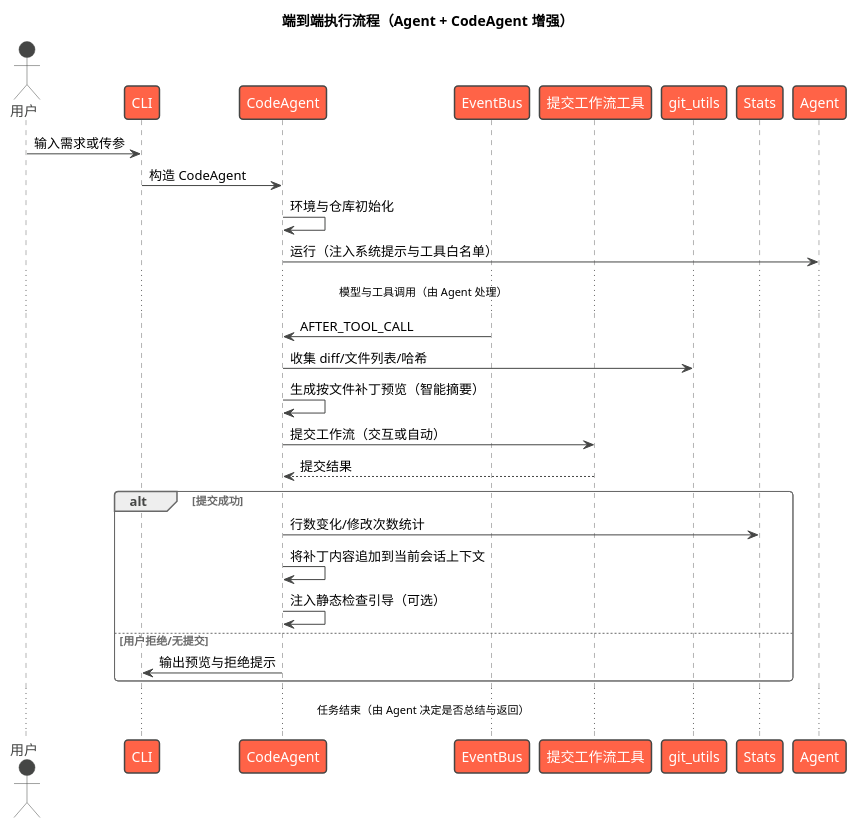
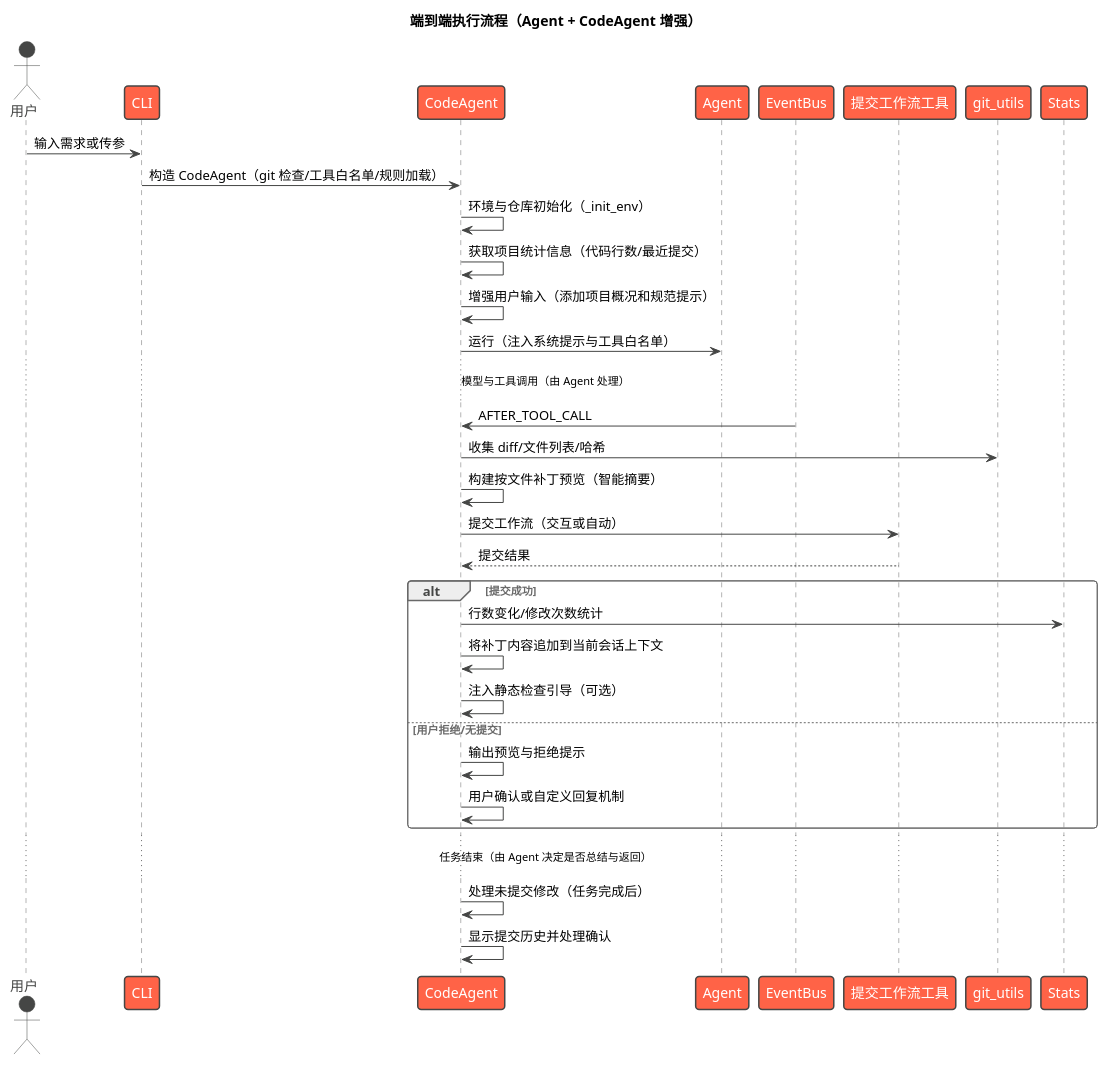
Diagram 28 of 60 in 技术报告.md (skyfireitdiy/Jarvis), drawn with PlantUML before and after one commit. The commit also changed other lines of this file, not shown here.

First line of the commit message:
docs(code_agent): 重构并完善 CodeAgent 文档结构与内容

````diff
--- a/技术报告.md
+++ b/技术报告.md
@@ -1630,36 +1764,42 @@
 ```plantuml
 @startuml
 !theme vibrant
 title 端到端执行流程（Agent + CodeAgent 增强）
 
 actor 用户 as User
 participant "CLI" as CLI
 participant "CodeAgent" as CA
+participant "Agent" as Agent
 participant "EventBus" as Bus
 participant "提交工作流工具" as GCT
 participant "git_utils" as Git
 participant "Stats" as Stats
 
 User -> CLI : 输入需求或传参
-CLI -> CA : 构造 CodeAgent
-CA -> CA : 环境与仓库初始化
+CLI -> CA : 构造 CodeAgent（git 检查/工具白名单/规则加载）
+CA -> CA : 环境与仓库初始化（_init_env）
+CA -> CA : 获取项目统计信息（代码行数/最近提交）
+CA -> CA : 增强用户输入（添加项目概况和规范提示）
 CA -> Agent : 运行（注入系统提示与工具白名单）
 ... 模型与工具调用（由 Agent 处理） ...
 Bus -> CA : AFTER_TOOL_CALL
 
 CA -> Git : 收集 diff/文件列表/哈希
-CA -> CA : 生成按文件补丁预览（智能摘要）
+CA -> CA : 构建按文件补丁预览（智能摘要）
 CA -> GCT : 提交工作流（交互或自动）
 GCT --> CA : 提交结果
 
 alt 提交成功
   CA -> Stats : 行数变化/修改次数统计
   CA -> CA : 将补丁内容追加到当前会话上下文
   CA -> CA : 注入静态检查引导（可选）
 else 用户拒绝/无提交
-  CA -> CLI : 输出预览与拒绝提示
+  CA -> CA : 输出预览与拒绝提示
+  CA -> CA : 用户确认或自定义回复机制
 end
 
 ... 任务结束（由 Agent 决定是否总结与返回） ...
+CA -> CA : 处理未提交修改（任务完成后）
+CA -> CA : 显示提交历史并处理确认
 @enduml
 ```
````
